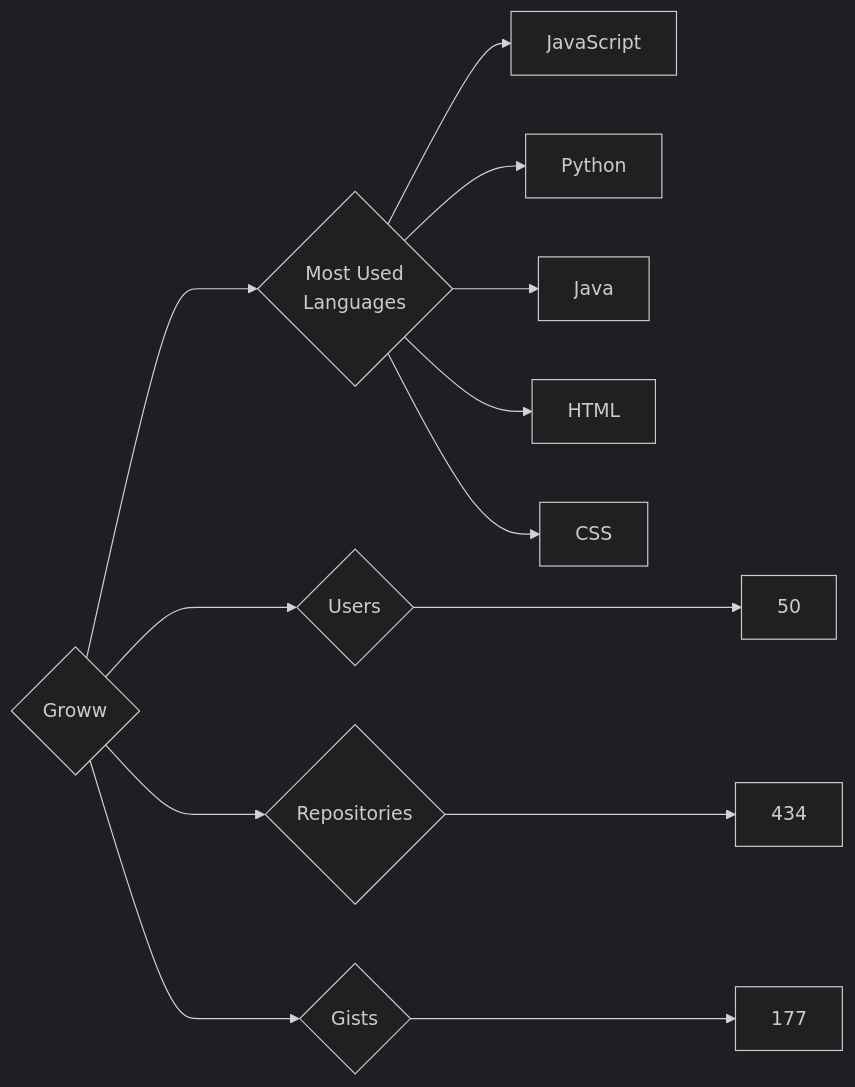
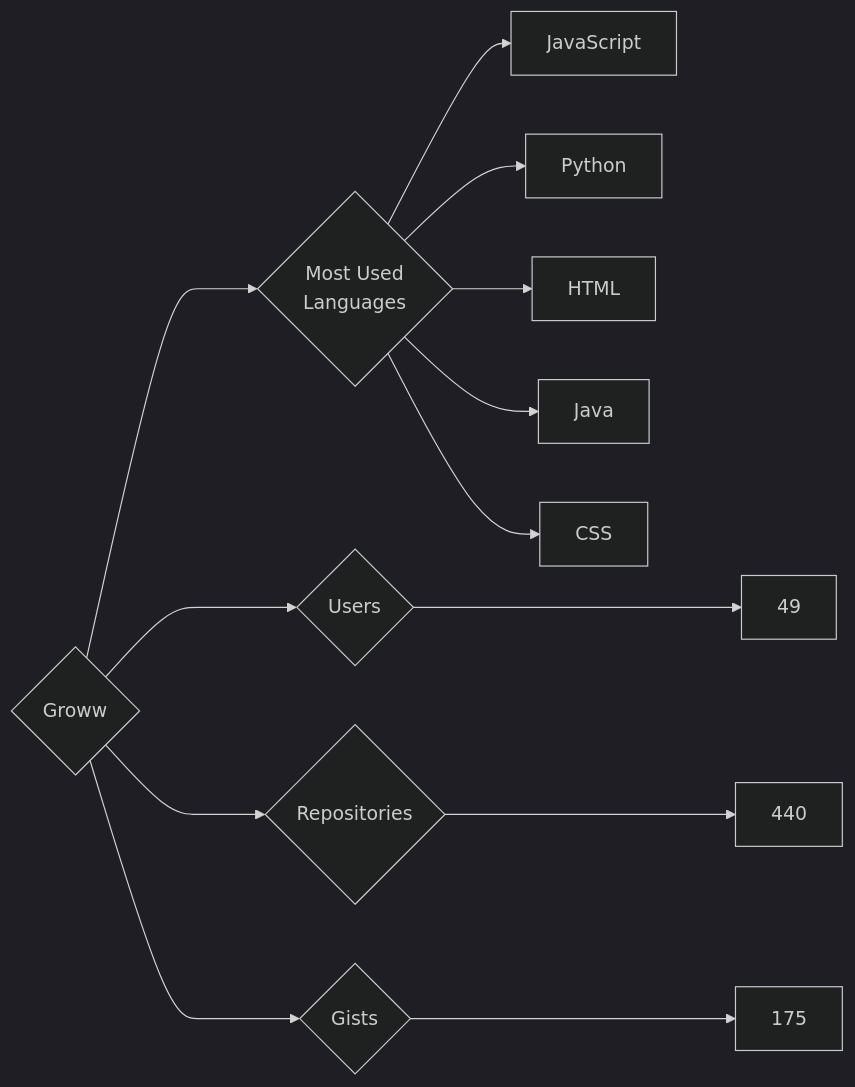
The diagram in targets/Groww/README.md (trickest/insiders), drawn with Mermaid (dark theme) before and after one commit. The commit also changed 900 other files, not shown here.

````diff
--- a/targets/Groww/README.md
+++ b/targets/Groww/README.md
@@ -3,13 +3,13 @@
 ```mermaid
 graph LR
 COMPANY_NAME{Groww}
-COMPANY_NAME ---> U{Users} ---> UN[50]
-COMPANY_NAME ---> R{Repositories} ---> RN[434]
-COMPANY_NAME ---> G{Gists} ---> GN[177]
+COMPANY_NAME ---> U{Users} ---> UN[49]
+COMPANY_NAME ---> R{Repositories} ---> RN[440]
+COMPANY_NAME ---> G{Gists} ---> GN[175]
 COMPANY_NAME ---> ML{Most Used<br>Languages}
 ML --> JavaScript[JavaScript]
 ML --> Python[Python]
+ML --> HTML[HTML]
 ML --> Java[Java]
-ML --> HTML[HTML]
 ML --> CSS[CSS]
 ```
````
